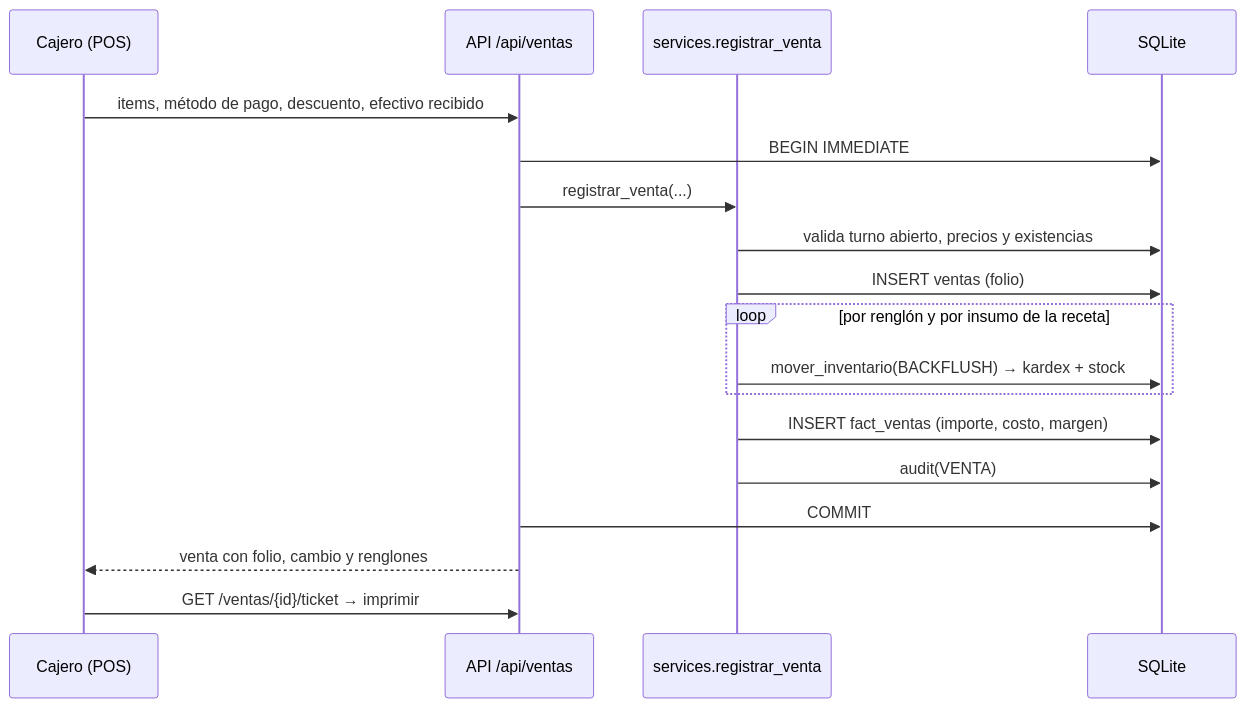
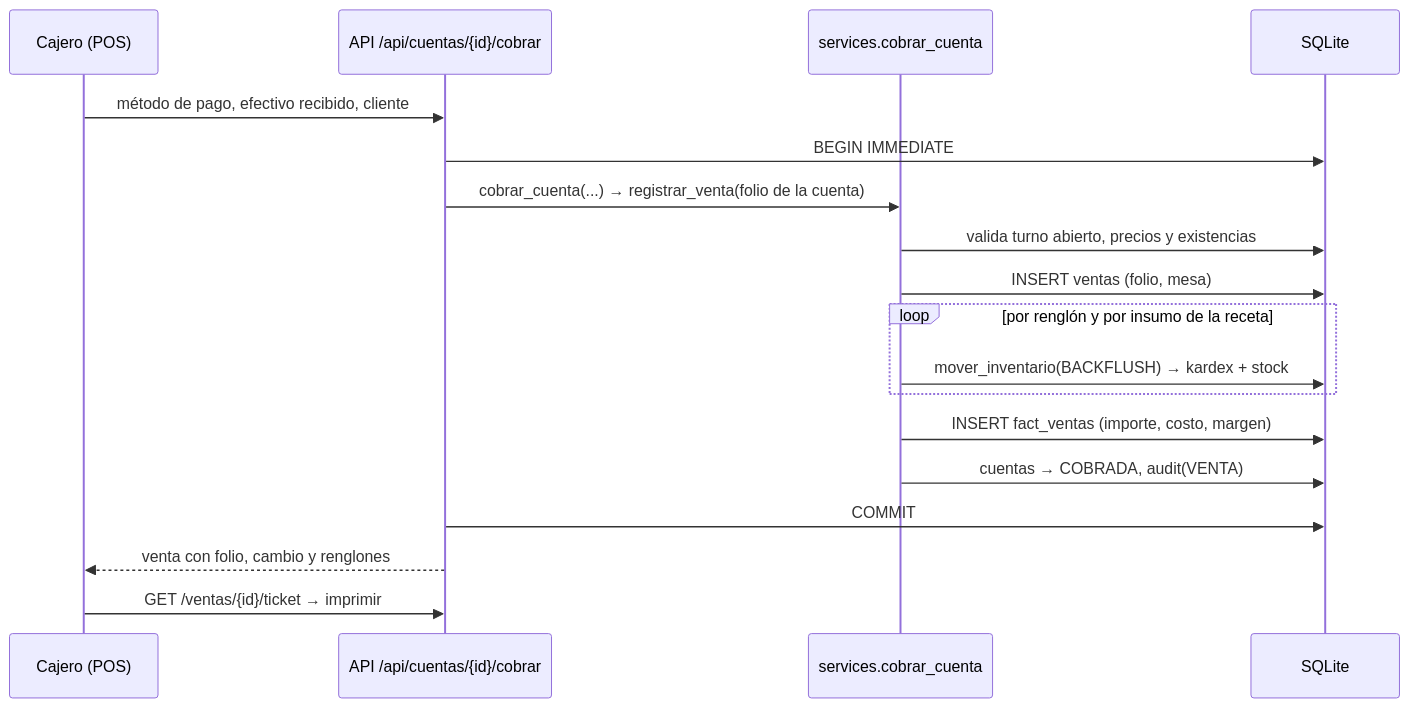
One commit to JuanDiaz-DataAnalyst/punto-de-venta-master changed the second of 2 diagrams in docs/arquitectura.md. Above: the diagram before and after it, drawn with Mermaid. The commit also changed other lines of this file and 3 other files, not shown here.

First line of the commit message:
docs: actualizar capturas del README y el diagrama del flujo de venta

````diff
--- a/docs/arquitectura.md
+++ b/docs/arquitectura.md
@@ -39,20 +41,20 @@
 ```mermaid
 sequenceDiagram
     participant C as Cajero (POS)
-    participant A as API /api/ventas
-    participant S as services.registrar_venta
+    participant A as API /api/cuentas/{id}/cobrar
+    participant S as services.cobrar_cuenta
     participant D as SQLite
-    C->>A: items, método de pago, descuento, efectivo recibido
+    C->>A: método de pago, efectivo recibido, cliente
     A->>D: BEGIN IMMEDIATE
-    A->>S: registrar_venta(...)
+    A->>S: cobrar_cuenta(...) → registrar_venta(folio de la cuenta)
     S->>D: valida turno abierto, precios y existencias
-    S->>D: INSERT ventas (folio)
+    S->>D: INSERT ventas (folio, mesa)
     loop por renglón y por insumo de la receta
         S->>D: mover_inventario(BACKFLUSH) → kardex + stock
     end
     S->>D: INSERT fact_ventas (importe, costo, margen)
-    S->>D: audit(VENTA)
+    S->>D: cuentas → COBRADA, audit(VENTA)
     A->>D: COMMIT
     A-->>C: venta con folio, cambio y renglones
     C->>A: GET /ventas/{id}/ticket → imprimir
 ```
````
